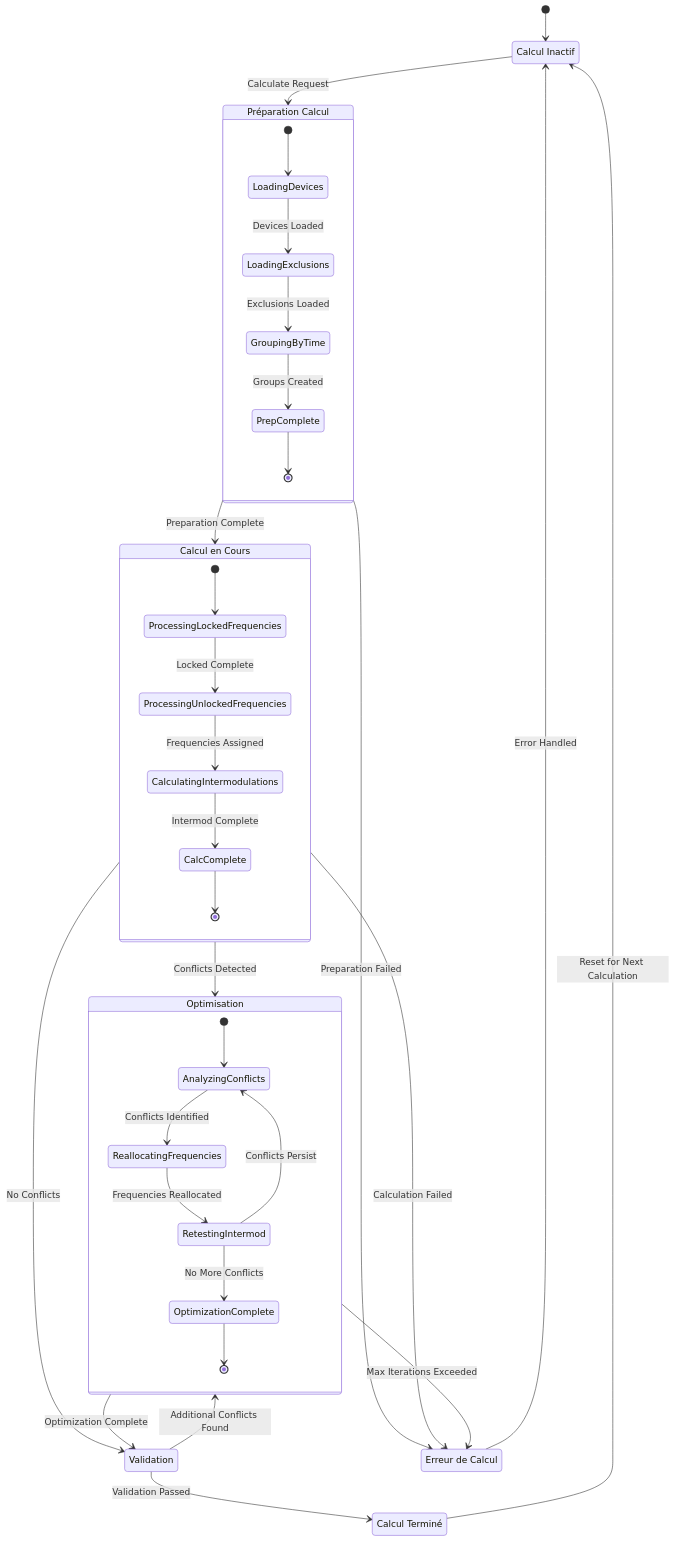
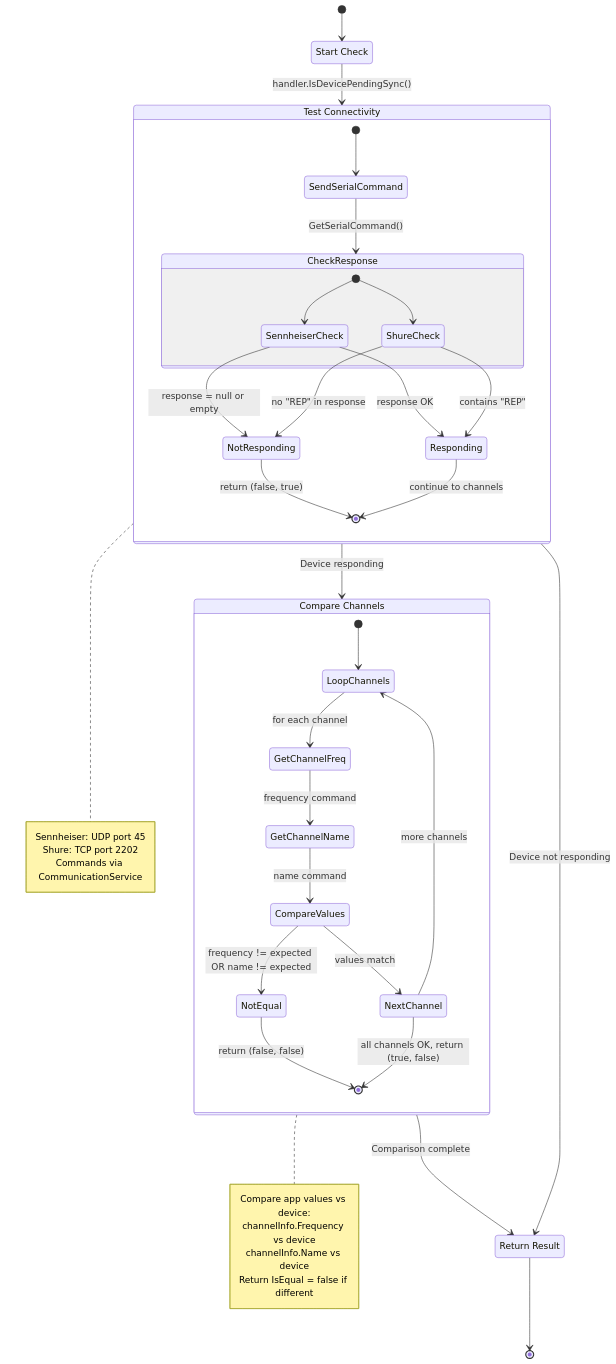
The fourth of 5 diagrams in docusaurus/docs/uml-analysis/state-diagrams.md (Beatwen/RF_Go), drawn with Mermaid before and after one commit. The commit also changed other lines of this file and 123 other files, not shown here.

````diff
--- a/docusaurus/docs/uml-analysis/state-diagrams.md
+++ b/docusaurus/docs/uml-analysis/state-diagrams.md
@@ -149,55 +161,64 @@
 ```mermaid
 stateDiagram-v2
-    [*] --> CalculationIdle
+    [*] --> StartCheck
     
-    state "Calcul Inactif" as CalculationIdle
-    state "Préparation Calcul" as PreparingCalculation
-    state "Calcul en Cours" as Calculating
-    state "Optimisation" as Optimizing
-    state "Validation" as Validating
-    state "Calcul Terminé" as CalculationComplete
-    state "Erreur de Calcul" as CalculationError
+    state "Start Check" as StartCheck
+    state "Test Connectivity" as TestConnectivity
+    state "Compare Channels" as CompareChannels
+    state "Return Result" as ReturnResult
     
-    CalculationIdle --> PreparingCalculation : Calculate Request
+    StartCheck --> TestConnectivity : handler.IsDevicePendingSync()
     
-    state PreparingCalculation {
-        [*] --> LoadingDevices
-        LoadingDevices --> LoadingExclusions : Devices Loaded
-        LoadingExclusions --> GroupingByTime : Exclusions Loaded
-        GroupingByTime --> PrepComplete : Groups Created
-        PrepComplete --> [*]
+    state TestConnectivity {
+        [*] --> SendSerialCommand
+        SendSerialCommand --> CheckResponse : GetSerialCommand()
+        
+        state CheckResponse {
+            [*] --> SennheiserCheck
+            [*] --> ShureCheck
+            
+            SennheiserCheck --> NotResponding : response = null or empty
+            SennheiserCheck --> Responding : response OK
+            
+            ShureCheck --> NotResponding : no "REP" in response
+            ShureCheck --> Responding : contains "REP"
+        }
+        
+        NotResponding --> [*] : return (false, true)
+        Responding --> [*] : continue to channels
     }
     
-    PreparingCalculation --> Calculating : Preparation Complete
-    PreparingCalculation --> CalculationError : Preparation Failed
+    TestConnectivity --> CompareChannels : Device responding
+    TestConnectivity --> ReturnResult : Device not responding
     
-    state Calculating {
-        [*] --> ProcessingLockedFrequencies
-        ProcessingLockedFrequencies --> ProcessingUnlockedFrequencies : Locked Complete
-        ProcessingUnlockedFrequencies --> CalculatingIntermodulations : Frequencies Assigned
-        CalculatingIntermodulations --> CalcComplete : Intermod Complete
-        CalcComplete --> [*]
+    state CompareChannels {
+        [*] --> LoopChannels
+        
+        LoopChannels --> GetChannelFreq : for each channel
+        GetChannelFreq --> GetChannelName : frequency command
+        GetChannelName --> CompareValues : name command
+        
+        CompareValues --> NotEqual : frequency != expected OR name != expected
+        CompareValues --> NextChannel : values match
+        
+        NotEqual --> [*] : return (false, false)
+        NextChannel --> LoopChannels : more channels
+        NextChannel --> [*] : all channels OK, return (true, false)
     }
     
-    Calculating --> Optimizing : Conflicts Detected
-    Calculating --> Validating : No Conflicts
-    Calculating --> CalculationError : Calculation Failed
+    CompareChannels --> ReturnResult : Comparison complete
+    ReturnResult --> [*]
     
-    state Optimizing {
-        [*] --> AnalyzingConflicts
-        AnalyzingConflicts --> ReallocatingFrequencies : Conflicts Identified
-        ReallocatingFrequencies --> RetestingIntermod : Frequencies Reallocated
-        RetestingIntermod --> OptimizationComplete : No More Conflicts
-        RetestingIntermod --> AnalyzingConflicts : Conflicts Persist
-        OptimizationComplete --> [*]
-    }
+    note right of TestConnectivity
+        Sennheiser: UDP port 45
+        Shure: TCP port 2202
+        Commands via CommunicationService
+    end note
     
-    Optimizing --> Validating : Optimization Complete
-    Optimizing --> CalculationError : Max Iterations Exceeded
-    
-    Validating --> CalculationComplete : Validation Passed
-    Validating --> Optimizing : Additional Conflicts Found
-    
-    CalculationComplete --> CalculationIdle : Reset for Next Calculation
-    CalculationError --> CalculationIdle : Error Handled
+    note right of CompareChannels
+        Compare app values vs device:
+        channelInfo.Frequency vs device
+        channelInfo.Name vs device
+        Return IsEqual = false if different
+    end note
 ```
````
